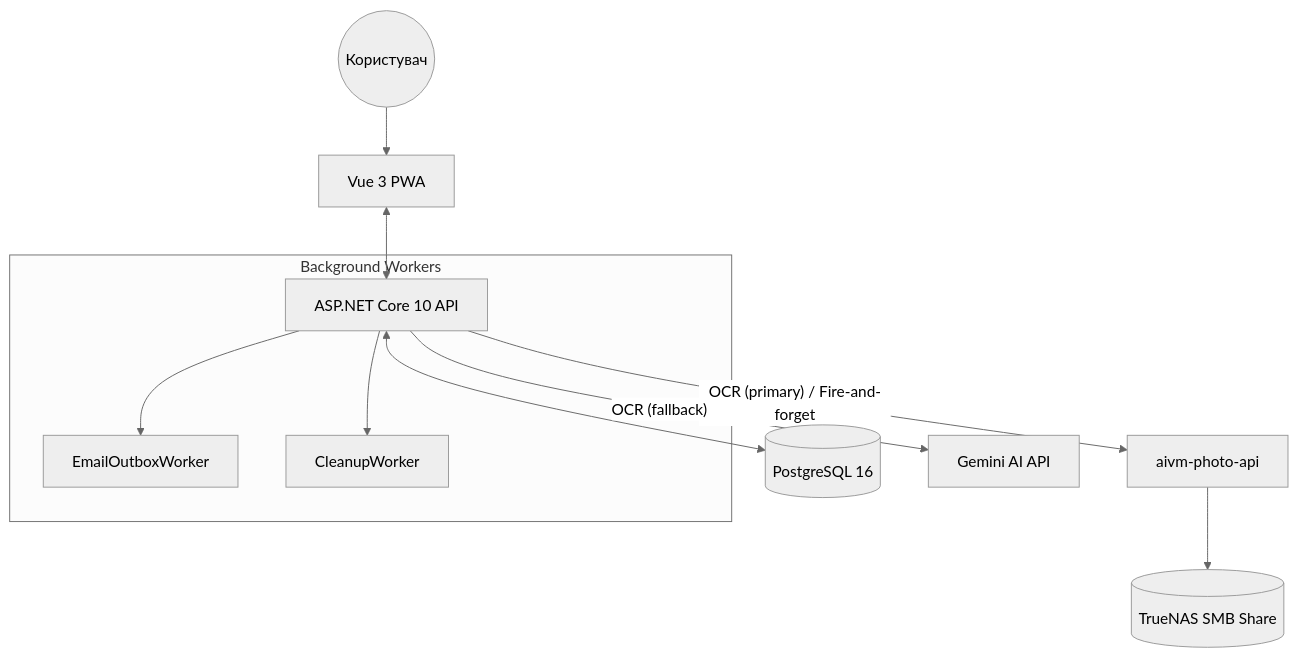
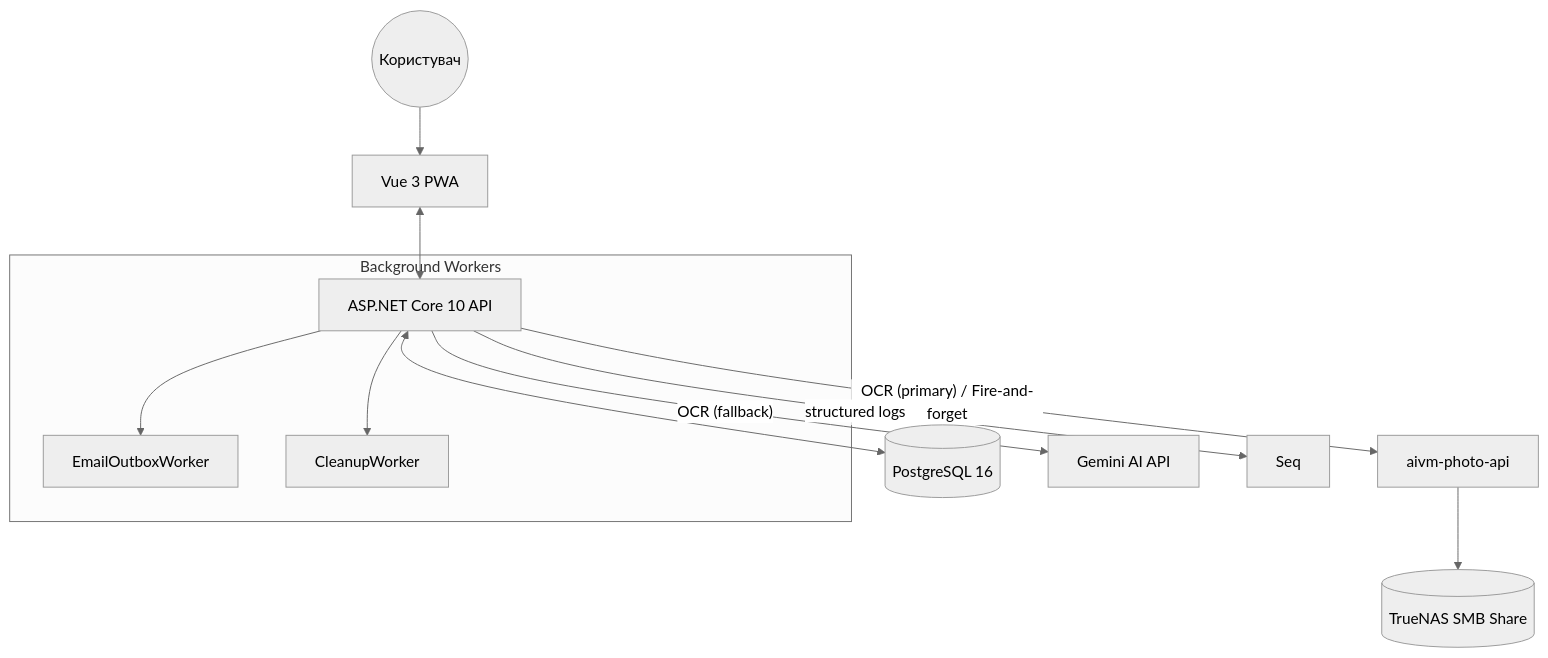
One commit to Alexsik76/bptracker-backend changed the diagram in README.md. Above: the diagram before and after it, drawn with Mermaid (neutral theme). The commit also changed other lines of this file and 3 other files, not shown here.

````diff
--- a/README.md
+++ b/README.md
@@ -7,14 +7,15 @@
 ```mermaid
 graph TD
     User((Користувач)) --> Frontend[Vue 3 PWA]
     Frontend <--> Backend[ASP.NET Core 10 API]
     Backend <--> DB[(PostgreSQL 16)]
     Backend -- OCR (primary) / Fire-and-forget --> PhotoApi[aivm-photo-api]
     Backend -- OCR (fallback) --> Gemini[Gemini AI API]
     PhotoApi --> NAS[(TrueNAS SMB Share)]
-    
+    Backend -- structured logs --> Seq[Seq]
+
     subgraph Background Workers
         Backend --> EmailWorker[EmailOutboxWorker]
         Backend --> CleanupWorker[CleanupWorker]
     end
 ```
````
